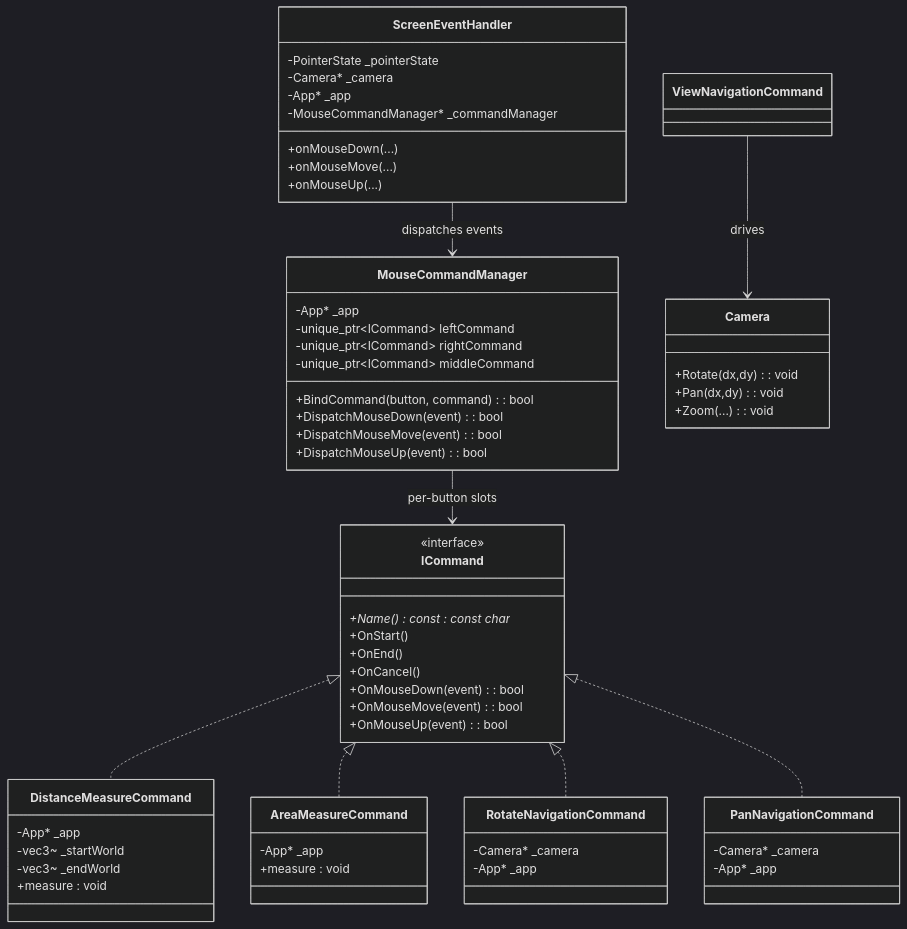
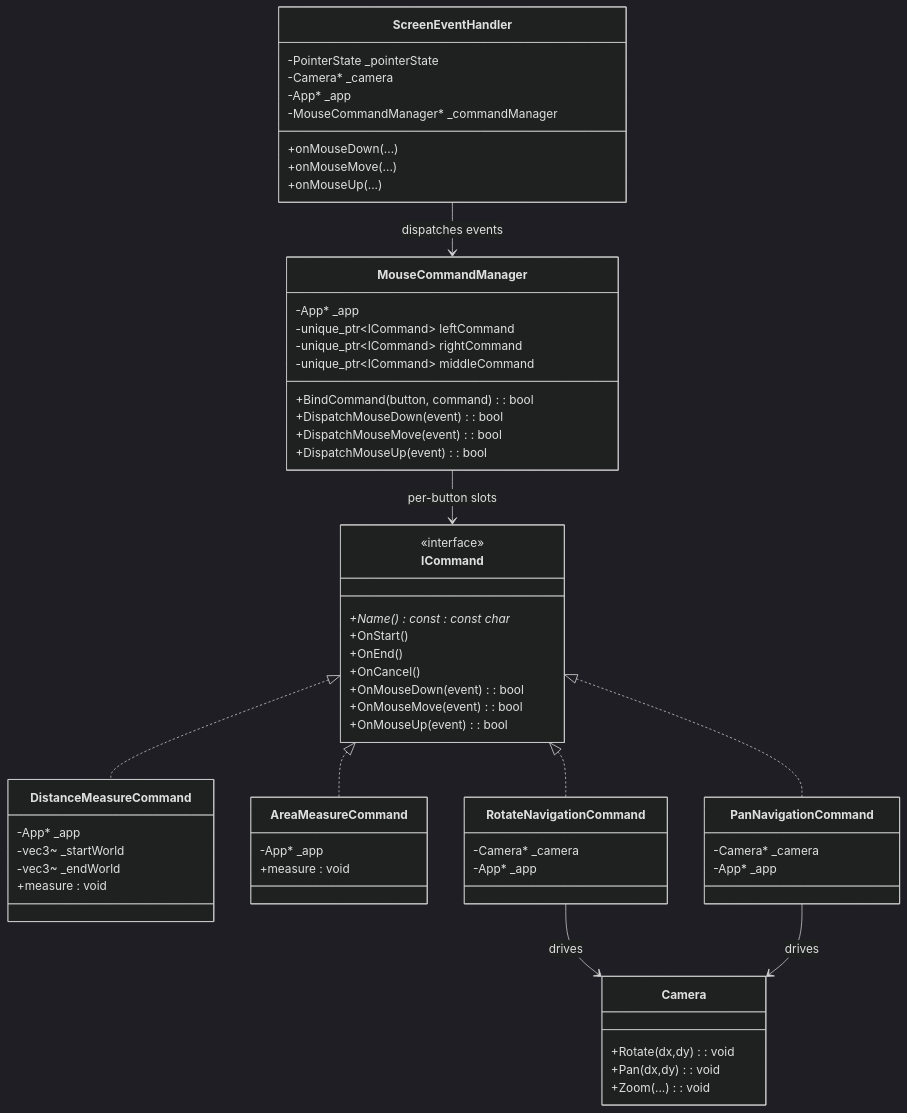
The second of 2 diagrams in GraphV3.md (vfa-khaidt1/vfa-cdn), drawn with Mermaid (dark theme) before and after one commit.

````diff
--- a/GraphV3.md
+++ b/GraphV3.md
@@ -36,72 +36,73 @@
 ```mermaid
 classDiagram
     class ScreenEventHandler {
         -PointerState _pointerState
         -Camera* _camera
         -App* _app
         -MouseCommandManager* _commandManager
         +onMouseDown(...)
         +onMouseMove(...)
         +onMouseUp(...)
     }
 
     class ICommand {
         <<interface>>
         +Name() const : const char*
         +OnStart()
         +OnEnd()
         +OnCancel()
         +OnMouseDown(event): bool
         +OnMouseMove(event): bool
         +OnMouseUp(event): bool
     }
 
     class MouseCommandManager {
         -App* _app
         -unique_ptr~ICommand~ leftCommand
         -unique_ptr~ICommand~ rightCommand
         -unique_ptr~ICommand~ middleCommand
         +BindCommand(button, command): bool
         +DispatchMouseDown(event): bool
         +DispatchMouseMove(event): bool
         +DispatchMouseUp(event): bool
     }
 
     class DistanceMeasureCommand {
         -App* _app
         -vec3~ _startWorld
         -vec3~ _endWorld
         +measure : void
     }
 
     class AreaMeasureCommand {
         -App* _app
         +measure : void
     }
 
     class PanNavigationCommand {
         -Camera* _camera
         -App* _app
     }
 
     class RotateNavigationCommand {
         -Camera* _camera
         -App* _app
     }
 
     class Camera {
         +Rotate(dx,dy): void
         +Pan(dx,dy): void
         +Zoom(...): void
     }
 
 
     ICommand <|.. DistanceMeasureCommand
     ICommand <|.. AreaMeasureCommand
     ICommand <|.. RotateNavigationCommand
     ICommand <|.. PanNavigationCommand
 
     ScreenEventHandler --> MouseCommandManager : dispatches events
     MouseCommandManager --> ICommand : per-button slots
-    ViewNavigationCommand --> Camera : drives
+    RotateNavigationCommand --> Camera : drives
+    PanNavigationCommand --> Camera : drives
 ```
````
